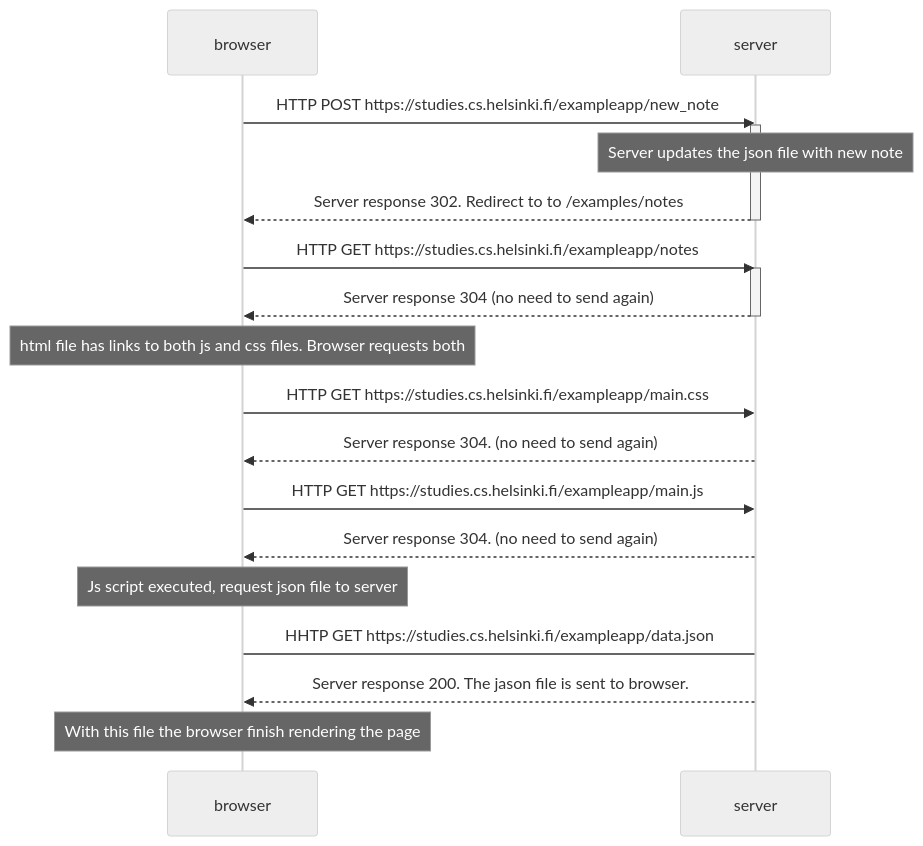
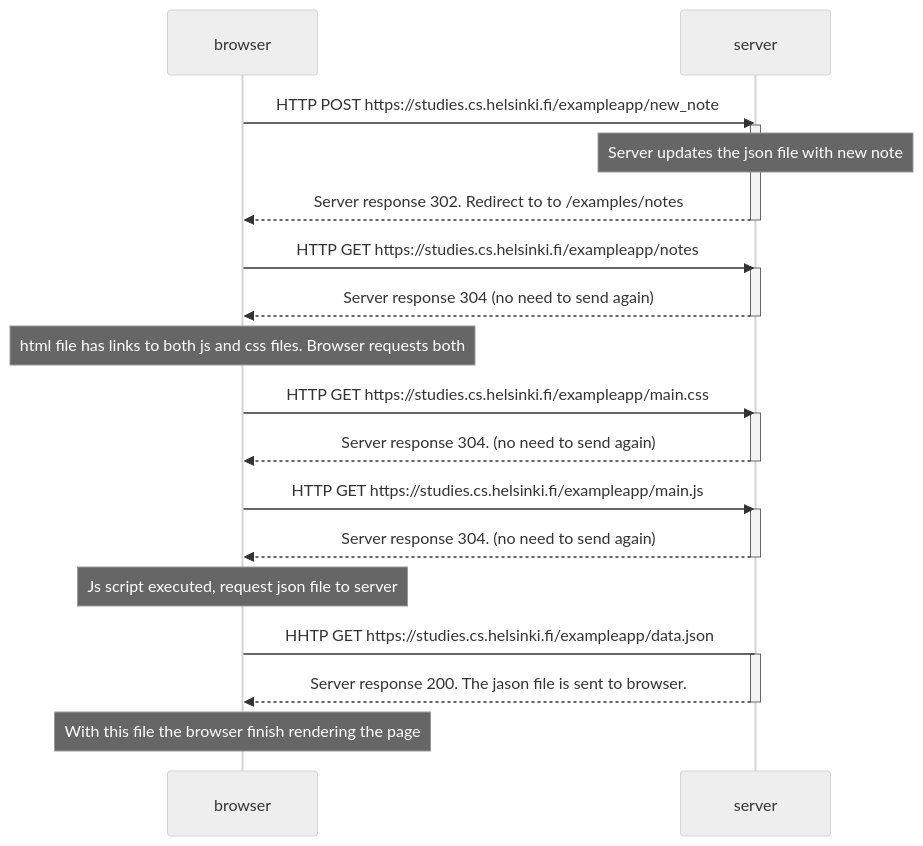
The diagram in part_0/0.4_new_note_diagram.md (alejandro-mielgo/fullstack_open), drawn with Mermaid (neutral theme) before and after one commit.

````diff
--- a/part_0/0.4_new_note_diagram.md
+++ b/part_0/0.4_new_note_diagram.md
@@ -3,36 +3,42 @@
 ```mermaid
 sequenceDiagram
     participant browser
     participant server
 
     browser->>server: HTTP POST https://studies.cs.helsinki.fi/exampleapp/new_note    
     activate server
     Note over server: Server updates the json file with new note
     server-->>browser: Server response 302. Redirect to to /examples/notes
     deactivate server
 
 
     browser->>server: HTTP GET  https://studies.cs.helsinki.fi/exampleapp/notes
     activate server
     server-->>browser: Server response 304 (no need to send again)
     deactivate server
     Note over browser: html file has links to both js and css files. Browser requests both
 
     browser->>server: HTTP GET  https://studies.cs.helsinki.fi/exampleapp/main.css
+    activate server
     server-->>browser: Server response 304. (no need to send again)
-    
+    deactivate server
+
     browser->>server: HTTP GET  https://studies.cs.helsinki.fi/exampleapp/main.js
+    activate server
     server-->>browser: Server response 304. (no need to send again)
+    deactivate server
 
     Note over browser: Js script executed, request json file to server
 
     browser ->server: HHTP GET https://studies.cs.helsinki.fi/exampleapp/data.json
+    activate server
     server-->>browser: Server response 200. The jason file is sent to browser.
+    deactivate server
 
     Note over browser: With this file the browser finish rendering the page
 
 
 
     
 
 ```
````
